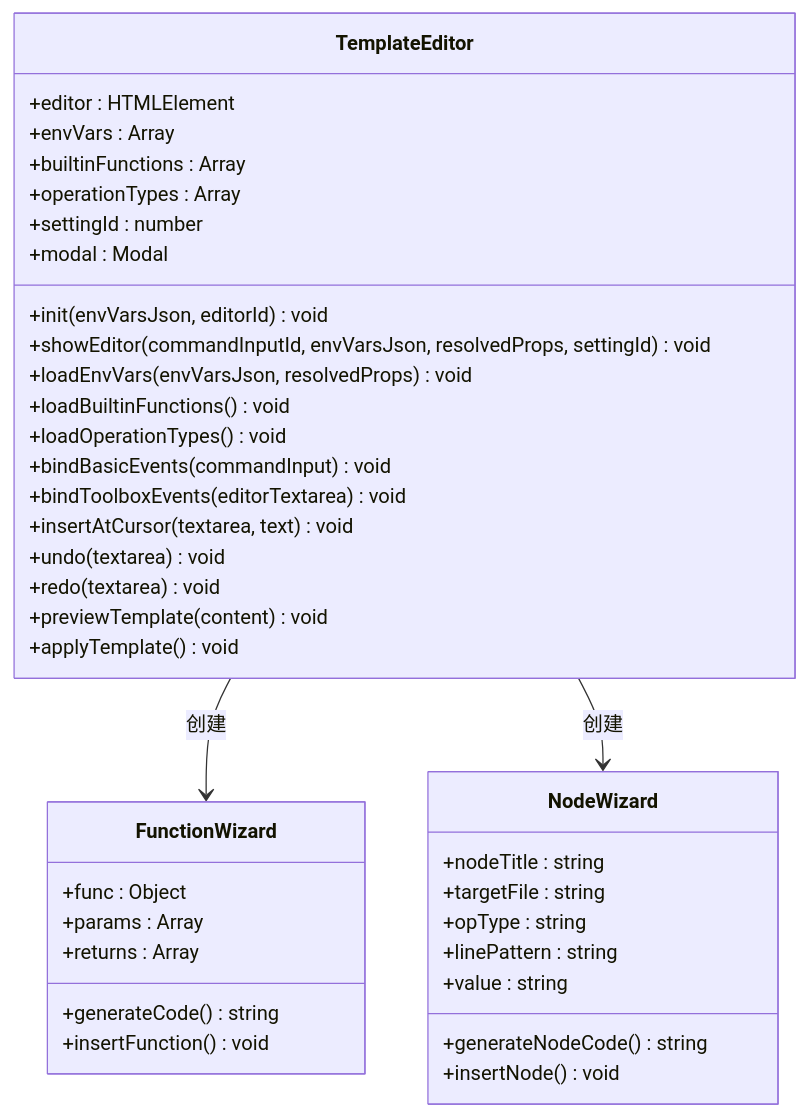
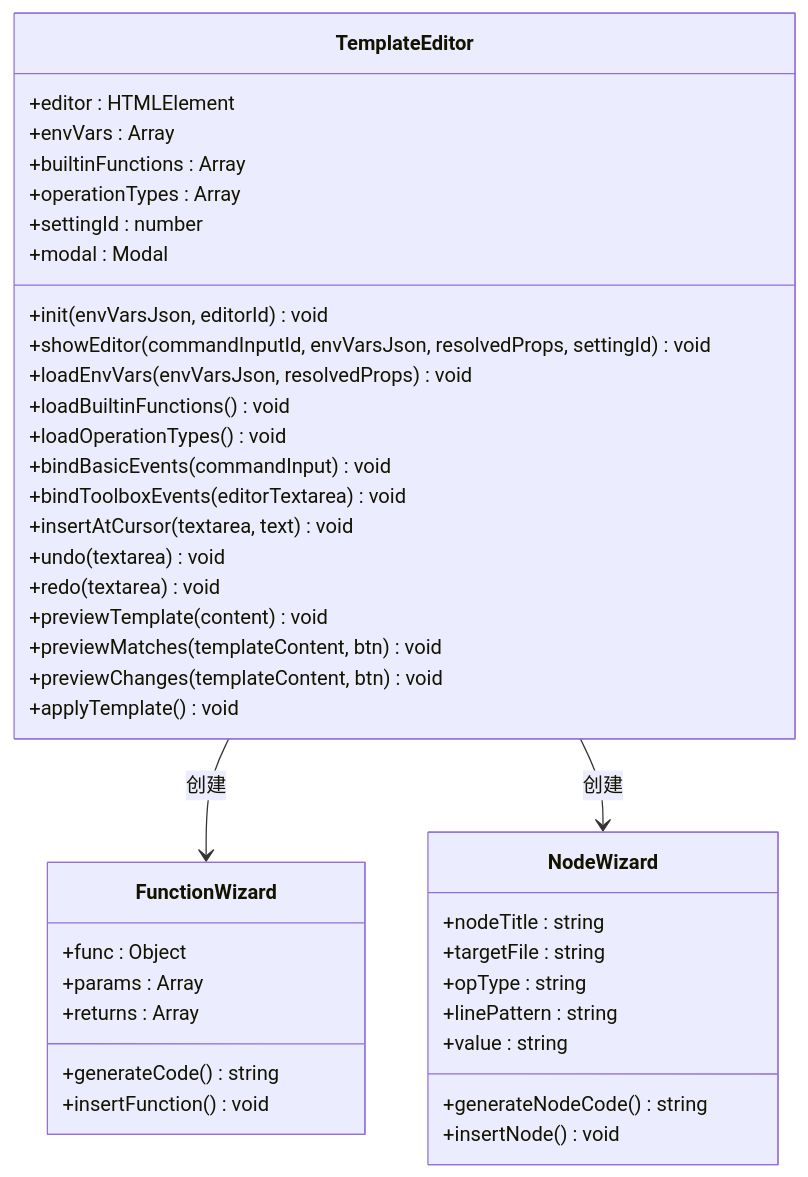
The fifth of 8 diagrams in .qoder/repowiki/zh/content/项目概述/核心特性/工具库系统/文件操作工具/可视化模板编辑器系统.md (Sosososolong/AirGo), drawn with Mermaid before and after one commit. The commit also changed other lines of this file and 12 other files, not shown here.

````diff
--- a/.qoder/repowiki/zh/content/项目概述/核心特性/工具库系统/文件操作工具/可视化模板编辑器系统.md
+++ b/.qoder/repowiki/zh/content/项目概述/核心特性/工具库系统/文件操作工具/可视化模板编辑器系统.md
@@ -269,41 +281,43 @@
 ```mermaid
 classDiagram
 class TemplateEditor {
 +editor : HTMLElement
 +envVars : Array
 +builtinFunctions : Array
 +operationTypes : Array
 +settingId : number
 +modal : Modal
 +init(envVarsJson, editorId) void
 +showEditor(commandInputId, envVarsJson, resolvedProps, settingId) void
 +loadEnvVars(envVarsJson, resolvedProps) void
 +loadBuiltinFunctions() void
 +loadOperationTypes() void
 +bindBasicEvents(commandInput) void
 +bindToolboxEvents(editorTextarea) void
 +insertAtCursor(textarea, text) void
 +undo(textarea) void
 +redo(textarea) void
 +previewTemplate(content) void
++previewMatches(templateContent, btn) void
++previewChanges(templateContent, btn) void
 +applyTemplate() void
 }
 class FunctionWizard {
 +func : Object
 +params : Array
 +returns : Array
 +generateCode() string
 +insertFunction() void
 }
 class NodeWizard {
 +nodeTitle : string
 +targetFile : string
 +opType : string
 +linePattern : string
 +value : string
 +generateNodeCode() string
 +insertNode() void
 }
 TemplateEditor --> FunctionWizard : 创建
 TemplateEditor --> NodeWizard : 创建
 ```
````
